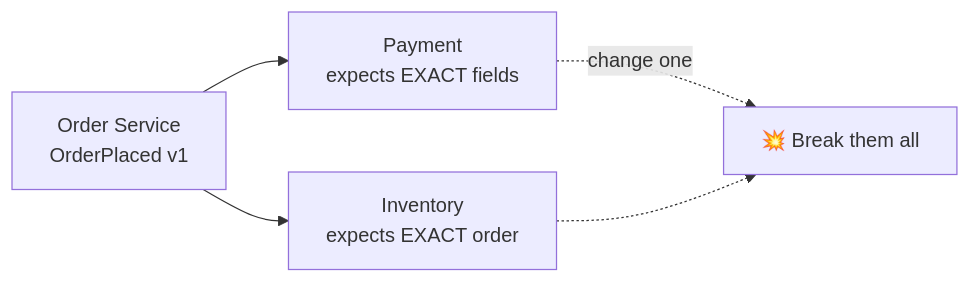
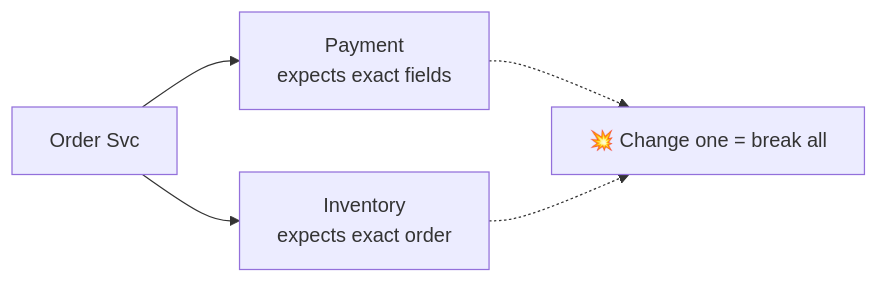
One commit to calmrocks/system-design-dive-deep changed diagram 13 of 16 in Sessions/Event-Driven Architecture/Slides.md. Above: the diagram before and after it, drawn with Mermaid. The commit also changed other lines of this file and 2 other files, not shown here.

```diff
--- a/Sessions/Event-Driven Architecture/Slides.md
+++ b/Sessions/Event-Driven Architecture/Slides.md
@@ -746,7 +436,6 @@
 ~~~mermaid
 flowchart LR
-    OS[Order Service\nOrderPlaced v1] --> PAY[Payment\nexpects EXACT fields]
-    OS --> INV[Inventory\nexpects EXACT order]
-    PAY -.->|"change one"| BREAK["💥 Break them all"]
-    INV -.-> BREAK
+    OS[Order Svc] --> PAY[Payment<br>expects exact fields]
+    OS --> INV[Inventory<br>expects exact order]
+    PAY & INV -.-> BREAK["💥 Change one = break all"]
 ~~~
```
